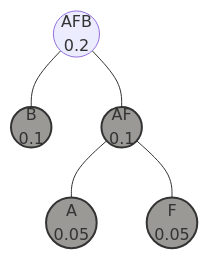
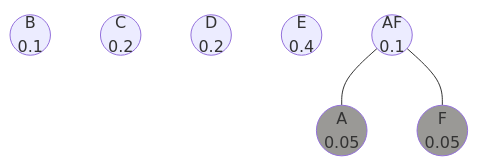
The second of 2 diagrams in slides/greedy/huffman.md (khalid-salad/cosc-3320-slides), drawn with Mermaid before and after one commit. The commit also changed other lines of this file, not shown here.

````diff
--- a/slides/greedy/huffman.md
+++ b/slides/greedy/huffman.md
@@ -509,15 +412,16 @@
 ```mermaid
 graph TD
 A((A<br>0.05))
+B((B<br>0.1))
+C((C<br>0.2))
+D((D<br>0.2))
+E((E<br>0.4))
 F((F<br>0.05))
-B((B<br>0.1))
-AFB((AFB<br>0.2))
-AFB --- AF
-AFB --- B
+
 AF((AF<br>0.1))
 AF --- A
 AF --- F
 
-classDef finished fill:#9a9996,stroke:#333,stroke-width:2px
-class A,F,AF,B finished
+classDef finished fill:#9a9996
+class A,F finished
 ```
````
